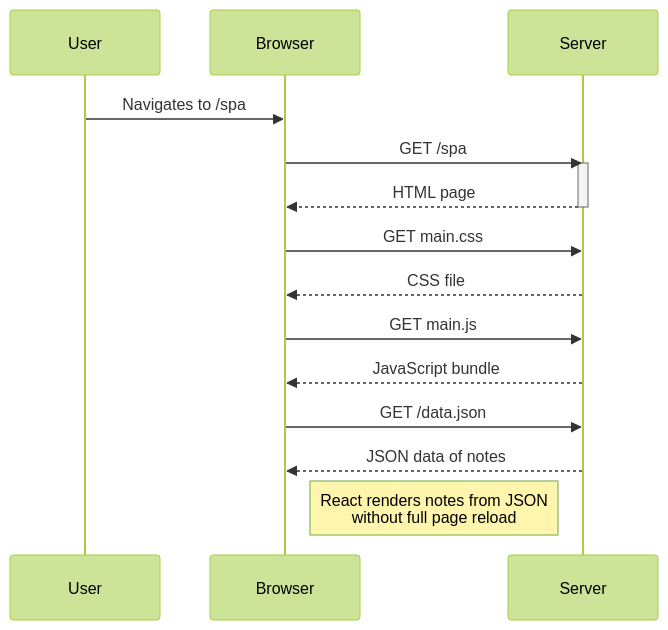
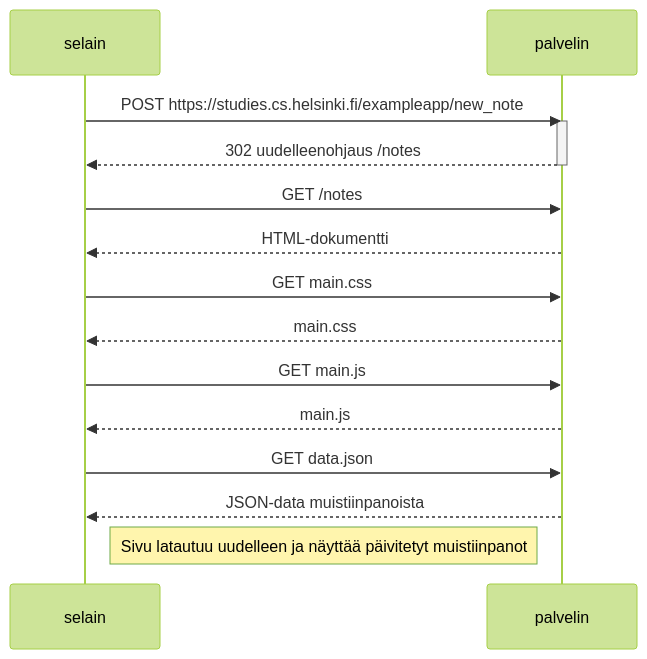
The diagram in 0.5 diagram.md (vincentforsman93/Fullstack-assignments), drawn with Mermaid (forest theme) before and after one commit.

Commit message:
Update 0.5 diagram.md

````diff
--- a/0.5 diagram.md
+++ b/0.5 diagram.md
@@ -1,23 +1,24 @@
 ```mermaid
 sequenceDiagram
-    participant User
-    participant Browser
-    participant Server
+    participant selain
+    participant palvelin
 
-    User->>Browser: Navigates to /spa
-    Browser->>Server: GET /spa
-    activate Server
-    Server-->>Browser: HTML page
-    deactivate Server
+    selain->>palvelin: POST https://studies.cs.helsinki.fi/exampleapp/new_note
+    activate palvelin
+    palvelin-->>selain: 302 uudelleenohjaus /notes
+    deactivate palvelin
 
-    Browser->>Server: GET main.css
-    Server-->>Browser: CSS file
+    selain->>palvelin: GET /notes
+    palvelin-->>selain: HTML-dokumentti
 
-    Browser->>Server: GET main.js
-    Server-->>Browser: JavaScript bundle
+    selain->>palvelin: GET main.css
+    palvelin-->>selain: main.css
 
-    Browser->>Server: GET /data.json
-    Server-->>Browser: JSON data of notes
+    selain->>palvelin: GET main.js
+    palvelin-->>selain: main.js
 
-    Note right of Browser: React renders notes from JSON<br>without full page reload
+    selain->>palvelin: GET data.json
+    palvelin-->>selain: JSON-data muistiinpanoista
+
+    Note right of selain: Sivu latautuu uudelleen ja näyttää päivitetyt muistiinpanot
 ```
````
